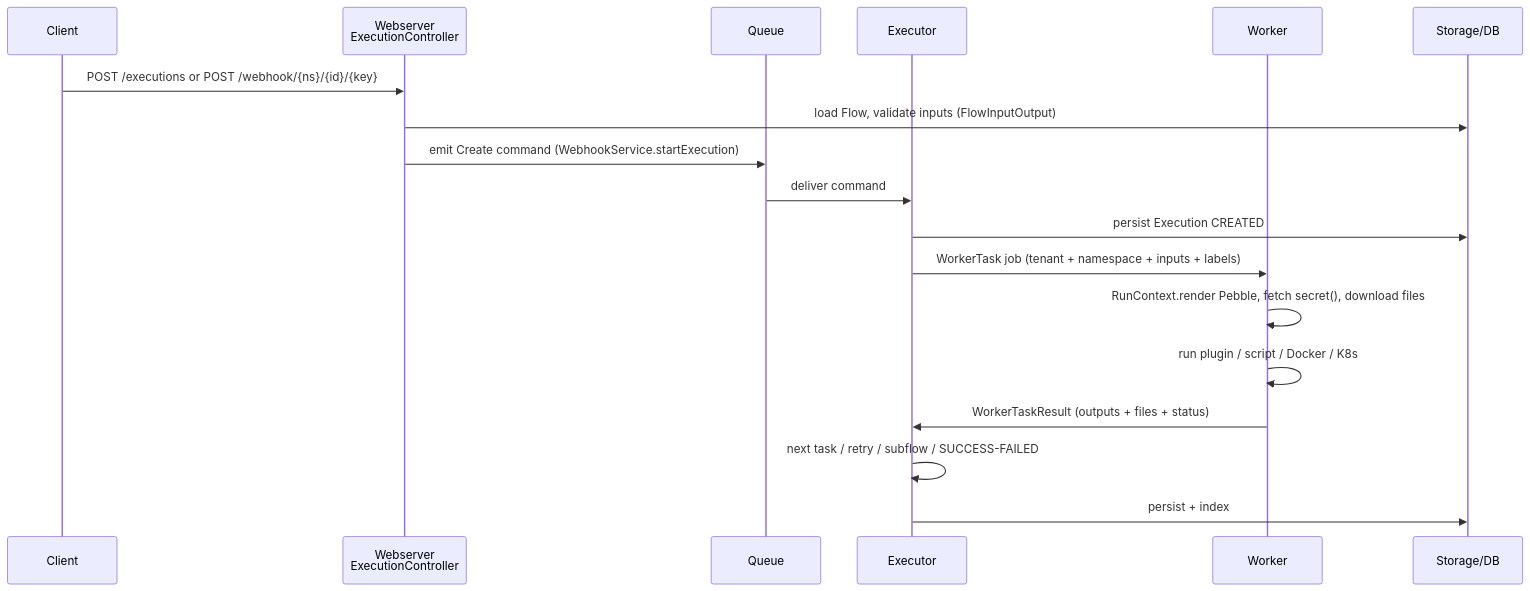
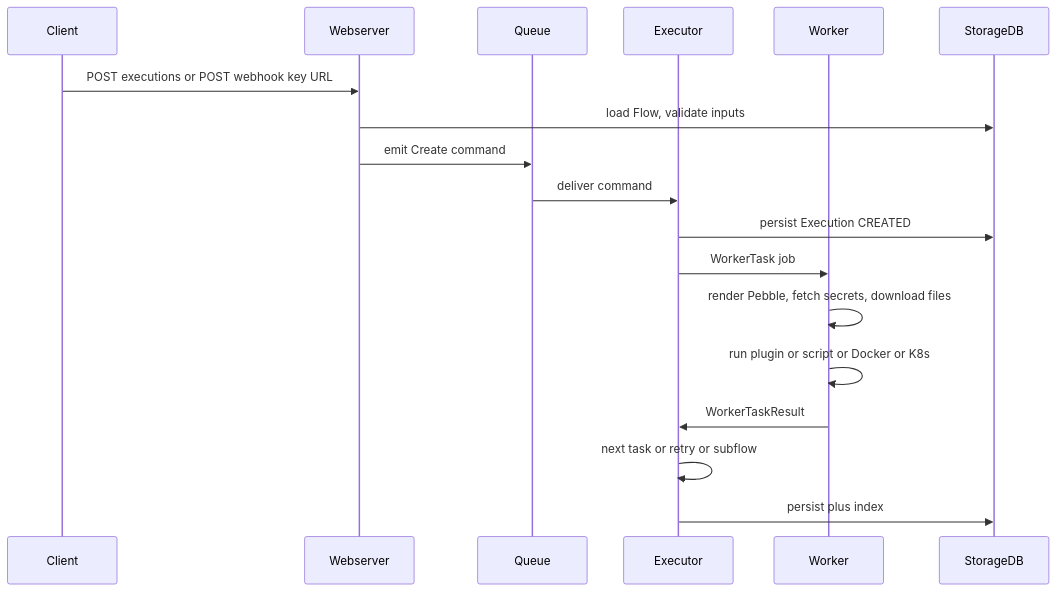
Before and after one commit to sagarkhandagre998/kestra: the second of 3 diagrams in kestra-explained/02-architecture.md, drawn with Mermaid. The commit also changed other lines of this file and 1 other file, not shown here.

````diff
--- a/kestra-explained/02-architecture.md
+++ b/kestra-explained/02-architecture.md
@@ -56,20 +56,20 @@
 ```mermaid
 sequenceDiagram
   participant C as Client
-  participant W as Webserver<br/>ExecutionController
+  participant W as Webserver
   participant Q as Queue
   participant E as Executor
   participant K as Worker
-  participant S as Storage/DB
-  C->>W: POST /executions or POST /webhook/{ns}/{id}/{key}
-  W->>S: load Flow, validate inputs (FlowInputOutput)
-  W->>Q: emit Create command (WebhookService.startExecution)
+  participant S as StorageDB
+  C->>W: POST executions or POST webhook key URL
+  W->>S: load Flow, validate inputs
+  W->>Q: emit Create command
   Q->>E: deliver command
   E->>S: persist Execution CREATED
-  E->>K: WorkerTask job (tenant + namespace + inputs + labels)
-  K->>K: RunContext.render Pebble, fetch secret(), download files
-  K->>K: run plugin / script / Docker / K8s
-  K->>E: WorkerTaskResult (outputs + files + status)
-  E->>E: next task / retry / subflow / SUCCESS-FAILED
-  E->>S: persist + index
+  E->>K: WorkerTask job
+  K->>K: render Pebble, fetch secrets, download files
+  K->>K: run plugin or script or Docker or K8s
+  K->>E: WorkerTaskResult
+  E->>E: next task or retry or subflow
+  E->>S: persist plus index
 ```
````
